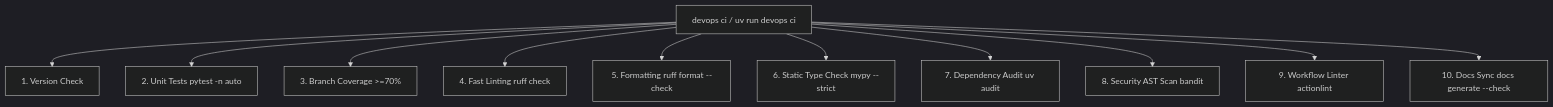
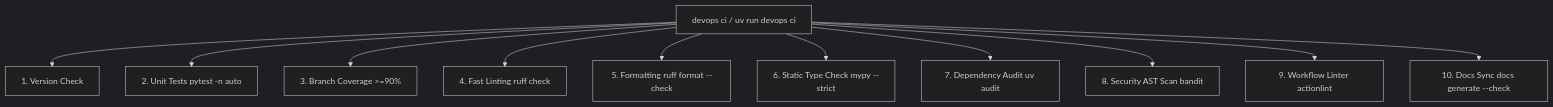
Before and after one commit to dan-petty/devops-cli: the diagram in src/devops_cli/ai/knowledge_base/devops_cli/tasks/ci_quality_gate.md, drawn with Mermaid (dark theme). The commit also changed other lines of this file and 3 other files, not shown here.

````diff
--- a/src/devops_cli/ai/knowledge_base/devops_cli/tasks/ci_quality_gate.md
+++ b/src/devops_cli/ai/knowledge_base/devops_cli/tasks/ci_quality_gate.md
@@ -11,13 +11,13 @@
 ```mermaid
 graph TD
     A[devops ci / uv run devops ci] --> B[1. Version Check]
     A --> C[2. Unit Tests pytest -n auto]
-    A --> D[3. Branch Coverage >=70%]
+    A --> D[3. Branch Coverage >=90%]
     A --> E[4. Fast Linting ruff check]
     A --> F[5. Formatting ruff format --check]
     A --> G[6. Static Type Check mypy --strict]
     A --> H[7. Dependency Audit uv audit]
     A --> I[8. Security AST Scan bandit]
     A --> J[9. Workflow Linter actionlint]
     A --> K[10. Docs Sync docs generate --check]
 ```
````
